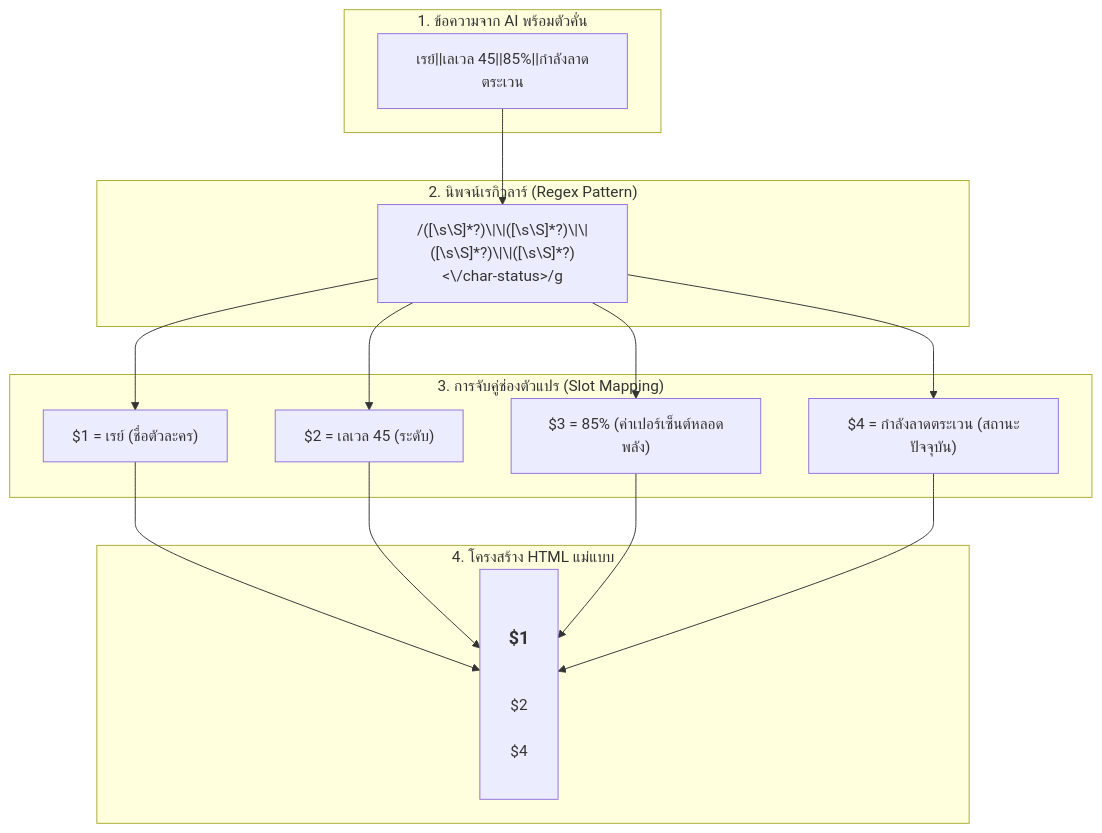
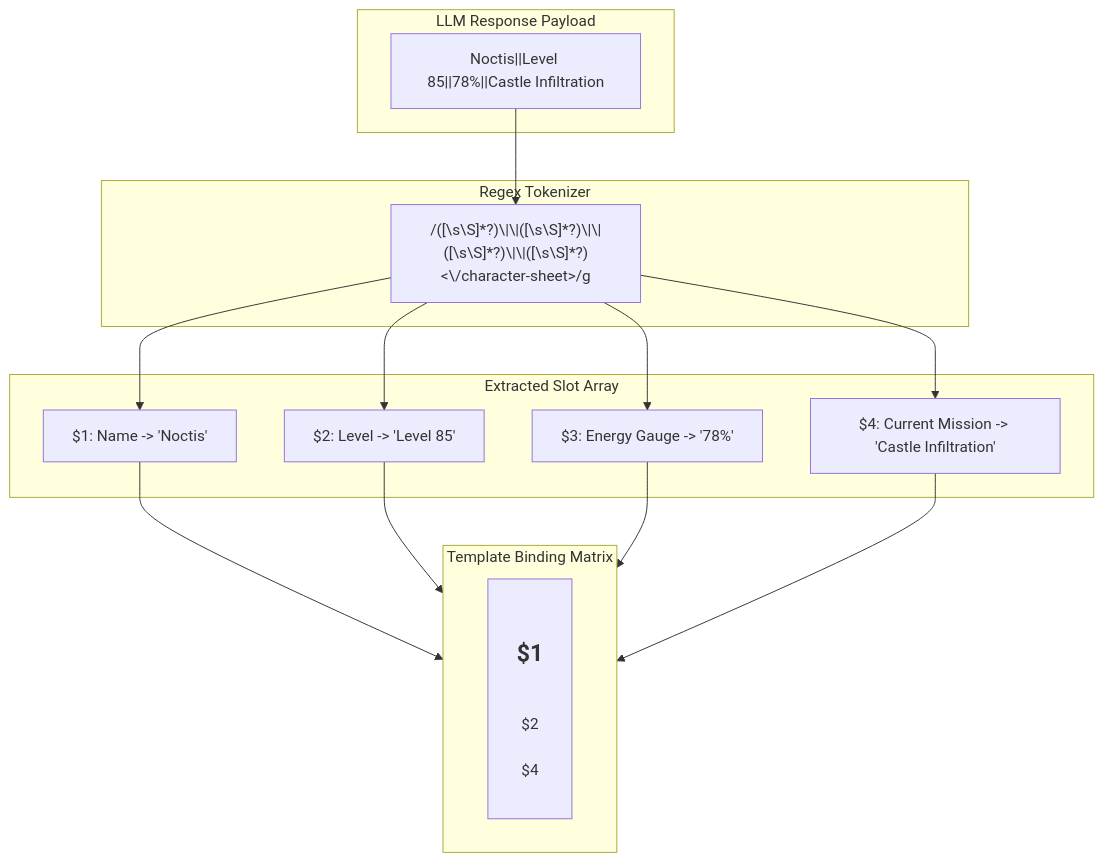
Before and after one commit to jadesolju/Snippet-Studio: the third of 6 diagrams in RUBII_CORE_ARCHITECTURE_AND_CSS_ENGINEERING.md, drawn with Mermaid. The commit also changed other lines of this file and 2 other files, not shown here.

Commit message:
docs: standardize all Mermaid diagrams to English with Thai workflow blockquotes and zero emojis

````diff
--- a/RUBII_CORE_ARCHITECTURE_AND_CSS_ENGINEERING.md
+++ b/RUBII_CORE_ARCHITECTURE_AND_CSS_ENGINEERING.md
@@ -116,30 +128,30 @@
 ```mermaid
 flowchart TD
-    subgraph Payload["1. ข้อความจาก AI พร้อมตัวคั่น"]
-        P["<char-status>เรย์||เลเวล 45||85%||กำลังลาดตระเวน</char-status>"]
+    subgraph Stream["LLM Response Payload"]
+        P["<character-sheet>Noctis||Level 85||78%||Castle Infiltration</character-sheet>"]
     end
 
-    subgraph Regex["2. นิพจน์เรกิวลาร์ (Regex Pattern)"]
-        R["/<char-status>([\s\S]*?)\|\|([\s\S]*?)\|\|([\s\S]*?)\|\|([\s\S]*?)<\/char-status>/g"]
+    subgraph RegexEngine["Regex Tokenizer"]
+        R["/<character-sheet>([\s\S]*?)\|\|([\s\S]*?)\|\|([\s\S]*?)\|\|([\s\S]*?)<\/character-sheet>/g"]
     end
 
-    subgraph Slots["3. การจับคู่ช่องตัวแปร (Slot Mapping)"]
-        S1["$1 = เรย์ (ชื่อตัวละคร)"]
-        S2["$2 = เลเวล 45 (ระดับ)"]
-        S3["$3 = 85% (ค่าเปอร์เซ็นต์หลอดพลัง)"]
-        S4["$4 = กำลังลาดตระเวน (สถานะปัจจุบัน)"]
+    subgraph SlotArray["Extracted Slot Array"]
+        S1["$1: Name -> 'Noctis'"]
+        S2["$2: Level -> 'Level 85'"]
+        S3["$3: Energy Gauge -> '78%'"]
+        S4["$4: Current Mission -> 'Castle Infiltration'"]
     end
 
-    subgraph HTML["4. โครงสร้าง HTML แม่แบบ"]
-        H["<div class='card'>
-  <h3>$1</h3>
+    subgraph TemplateBinding["Template Binding Matrix"]
+        H["<div class='sheet-root'>
+  <h2>$1</h2>
   <span>$2</span>
-  <div class='bar' style='width: $3; max-width: 100%;'></div>
+  <div class='meter' style='width: $3; max-width: 100%;'></div>
   <p>$4</p>
 </div>"]
     end
 
     P --> R
     R --> S1 & S2 & S3 & S4
-    S1 & S2 & S3 & S4 --> H
+    S1 & S2 & S3 & S4 --> TemplateBinding
 ```
````
